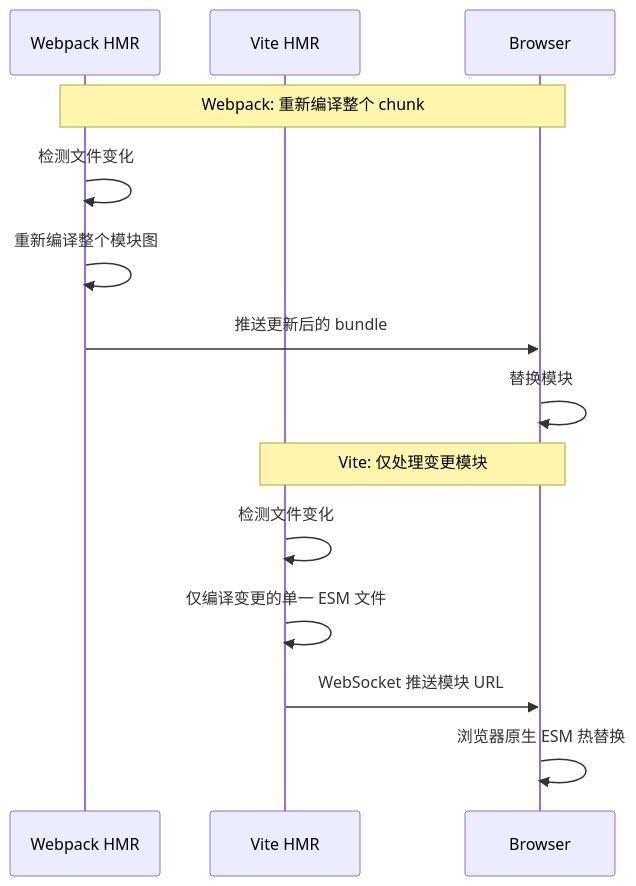
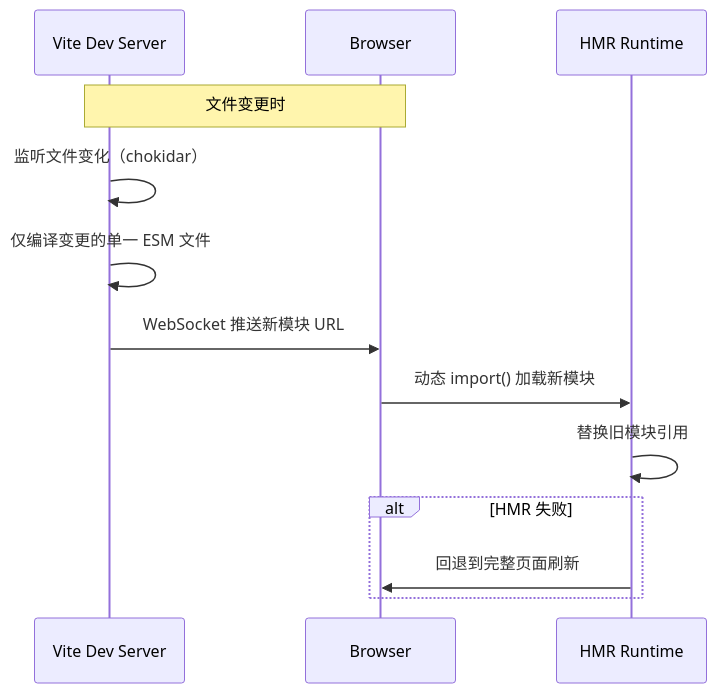
One commit to KMaybe01/common changed diagram 19 of 58 in S3-进阶提升/03-前端工程化.md. Above: the diagram before and after it, drawn with Mermaid. The commit also changed other lines of this file and 27 other files, not shown here.

````diff
--- a/S3-进阶提升/03-前端工程化.md
+++ b/S3-进阶提升/03-前端工程化.md
@@ -969,18 +893,16 @@
 ```mermaid
 sequenceDiagram
-    participant W as Webpack HMR
-    participant V as Vite HMR
+    participant V as Vite Dev Server
     participant B as Browser
+    participant H as HMR Runtime
 
-    Note over W,B: Webpack: 重新编译整个 chunk
-    W->>W: 检测文件变化
-    W->>W: 重新编译整个模块图
-    W->>B: 推送更新后的 bundle
-    B->>B: 替换模块
-
-    Note over V,B: Vite: 仅处理变更模块
-    V->>V: 检测文件变化
+    Note over V,B: 文件变更时
+    V->>V: 监听文件变化（chokidar）
     V->>V: 仅编译变更的单一 ESM 文件
-    V->>B: WebSocket 推送模块 URL
-    B->>B: 浏览器原生 ESM 热替换
+    V->>B: WebSocket 推送新模块 URL
+    B->>H: 动态 import() 加载新模块
+    H->>H: 替换旧模块引用
+    alt HMR 失败
+        H->>B: 回退到完整页面刷新
+    end
 ```
````
